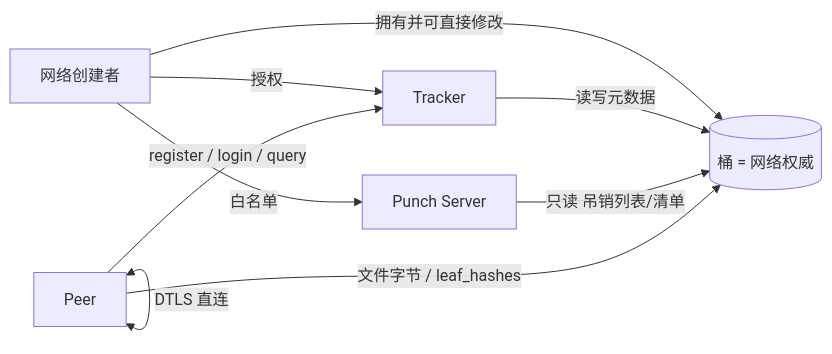
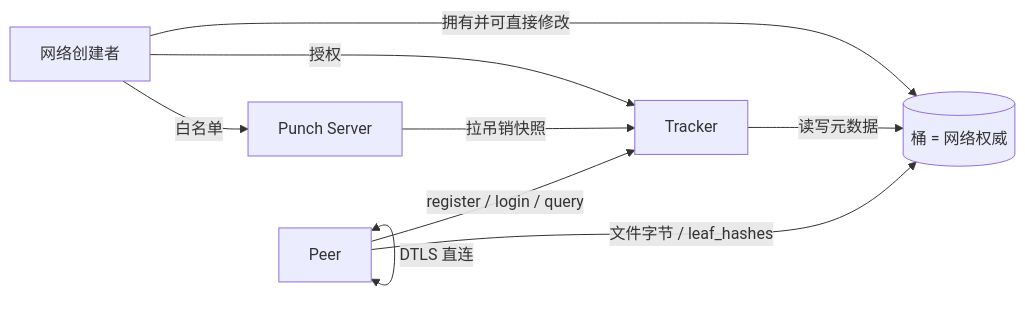
One commit to mivinci/p2p changed the diagram in docs/design/p2p-selfhosted.md. Above: the diagram before and after it, drawn with Mermaid. The commit also changed other lines of this file, not shown here.

````diff
--- a/docs/design/p2p-selfhosted.md
+++ b/docs/design/p2p-selfhosted.md
@@ -52,11 +52,11 @@
 ```mermaid
 graph LR
     C[网络创建者] -->|拥有并可直接修改| B[(桶 = 网络权威)]
     C -->|授权| T[Tracker]
     C -->|白名单| P[Punch Server]
     T -->|读写元数据| B
-    P -->|只读 吊销列表/清单| B
+    P -->|拉吊销快照| T
     Peer -->|register / login / query| T
     Peer -->|文件字节 / leaf_hashes| B
     Peer <-->|DTLS 直连| Peer
 ```
````
